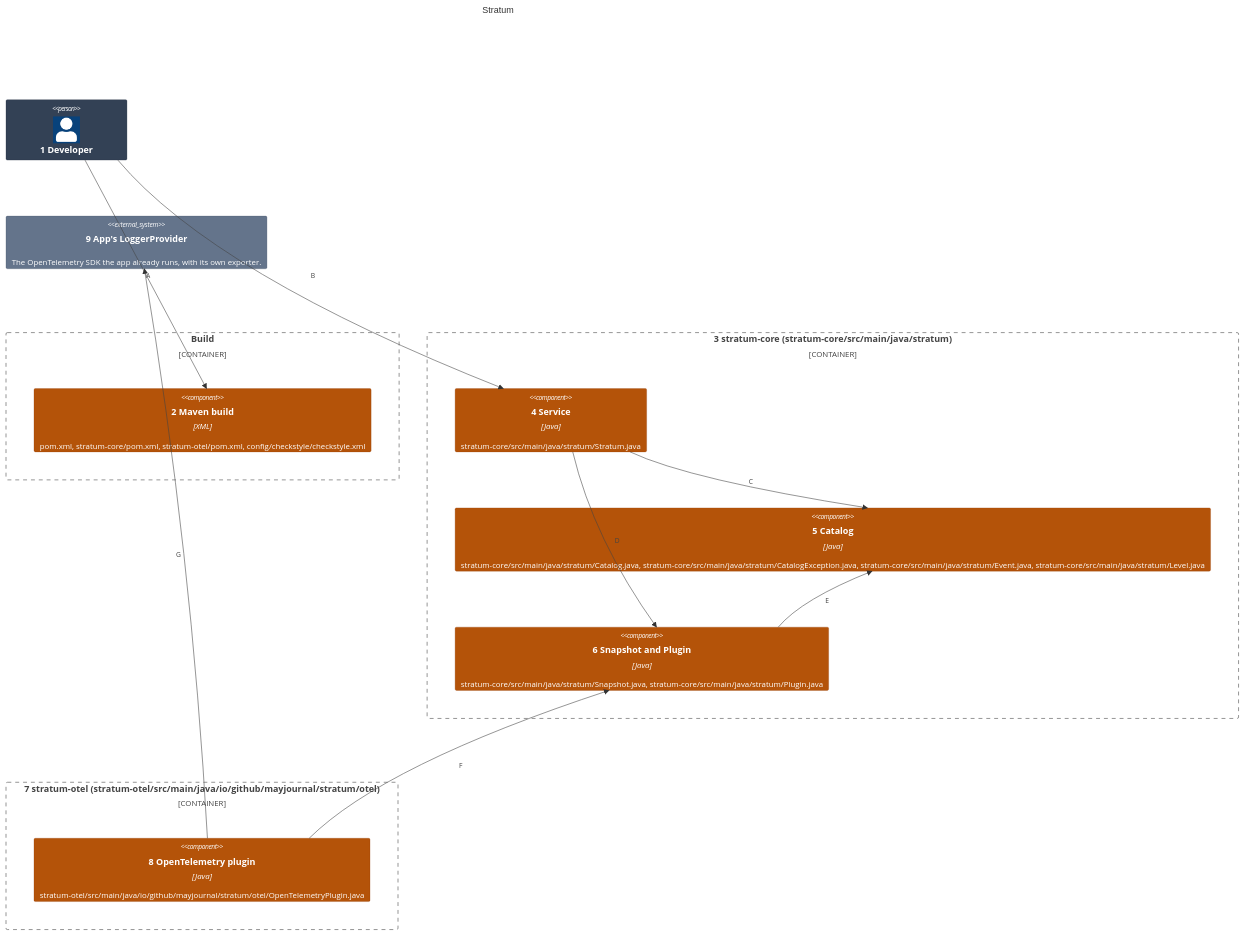
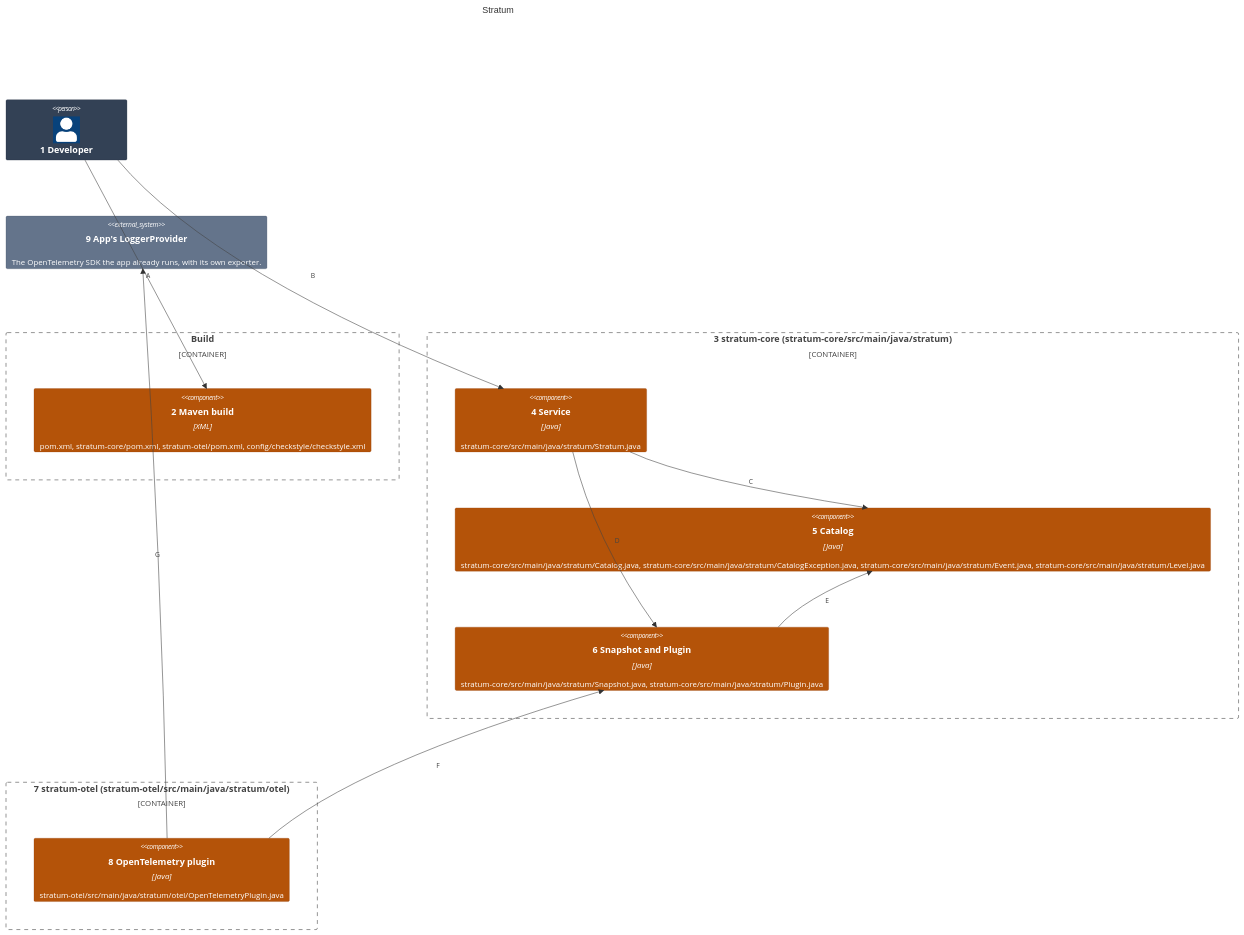
One commit to may-journal/Stratum-Observability-Java changed the first of 2 diagrams in docs/architecture/03-components.md. Above: the diagram before and after it, drawn with Mermaid. The commit also changed 4 other files, not shown here.

First line of the commit message:
refactor(otel): move the plugin to the stratum.otel package

````diff
--- a/docs/architecture/03-components.md
+++ b/docs/architecture/03-components.md
@@ -5,38 +5,38 @@
 ```mermaid
 C4Component
     title Stratum
 
     Person(dev, "1 Developer")
 
     Container_Boundary(build, "Build") {
         Component(poms, "2 Maven build", "XML", "pom.xml, stratum-core/pom.xml, stratum-otel/pom.xml, config/checkstyle/checkstyle.xml")
     }
 
     Container_Boundary(core, "3 stratum-core (stratum-core/src/main/java/stratum)") {
         Component(service, "4 Service", "Java", "stratum-core/src/main/java/stratum/Stratum.java")
         Component(catalog, "5 Catalog", "Java", "stratum-core/src/main/java/stratum/Catalog.java, stratum-core/src/main/java/stratum/CatalogException.java, stratum-core/src/main/java/stratum/Event.java, stratum-core/src/main/java/stratum/Level.java")
         Component(snapshot, "6 Snapshot and Plugin", "Java", "stratum-core/src/main/java/stratum/Snapshot.java, stratum-core/src/main/java/stratum/Plugin.java")
     }
 
-    Container_Boundary(otel, "7 stratum-otel (stratum-otel/src/main/java/io/github/mayjournal/stratum/otel)") {
-        Component(emitter, "8 OpenTelemetry plugin", "Java", "stratum-otel/src/main/java/io/github/mayjournal/stratum/otel/OpenTelemetryPlugin.java")
+    Container_Boundary(otel, "7 stratum-otel (stratum-otel/src/main/java/stratum/otel)") {
+        Component(emitter, "8 OpenTelemetry plugin", "Java", "stratum-otel/src/main/java/stratum/otel/OpenTelemetryPlugin.java")
     }
 
     System_Ext(provider, "9 App's LoggerProvider", "The OpenTelemetry SDK the app already runs, with its own exporter.")
 
     Rel(dev, poms, "A")
     Rel(dev, service, "B")
     Rel(service, catalog, "C")
     Rel(service, snapshot, "D")
     Rel(snapshot, catalog, "E")
     Rel(emitter, snapshot, "F")
     Rel(emitter, provider, "G")
 
     UpdateElementStyle(dev, $bgColor="#334155", $borderColor="#1e293b", $fontColor="#ffffff")
     UpdateElementStyle(poms, $bgColor="#b45309", $borderColor="#92400e", $fontColor="#ffffff")
     UpdateElementStyle(service, $bgColor="#b45309", $borderColor="#92400e", $fontColor="#ffffff")
     UpdateElementStyle(catalog, $bgColor="#b45309", $borderColor="#92400e", $fontColor="#ffffff")
     UpdateElementStyle(snapshot, $bgColor="#b45309", $borderColor="#92400e", $fontColor="#ffffff")
     UpdateElementStyle(emitter, $bgColor="#b45309", $borderColor="#92400e", $fontColor="#ffffff")
     UpdateElementStyle(provider, $bgColor="#64748b", $borderColor="#475569", $fontColor="#ffffff")
 ```
````
